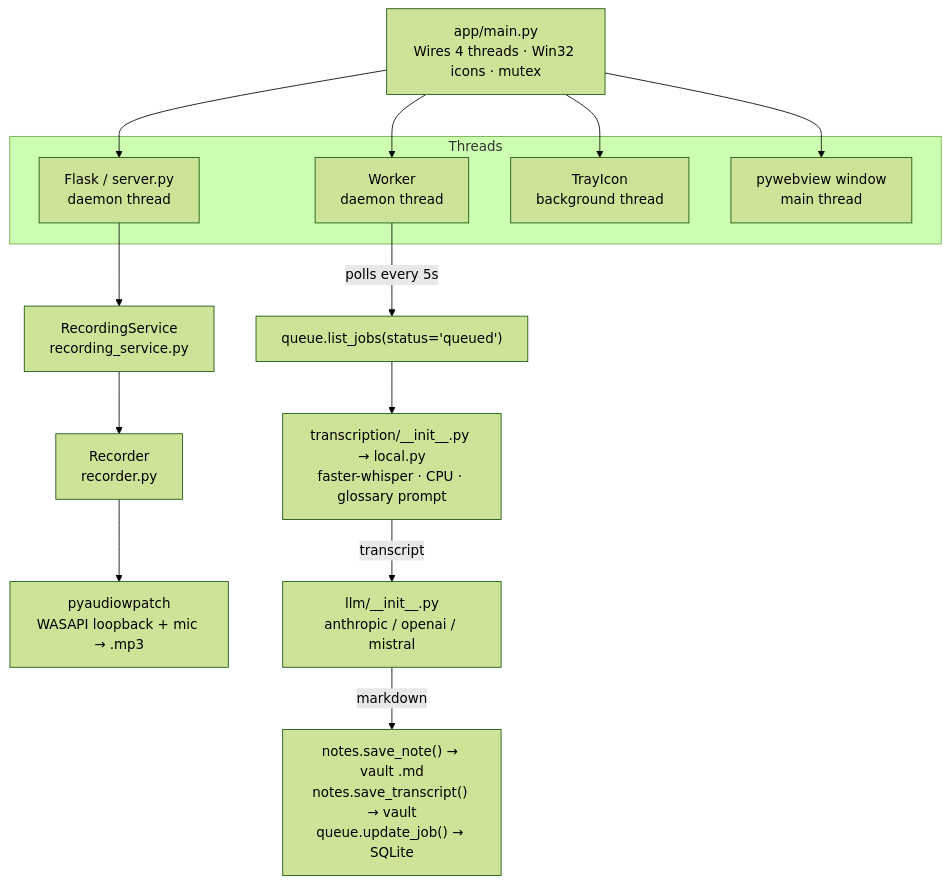
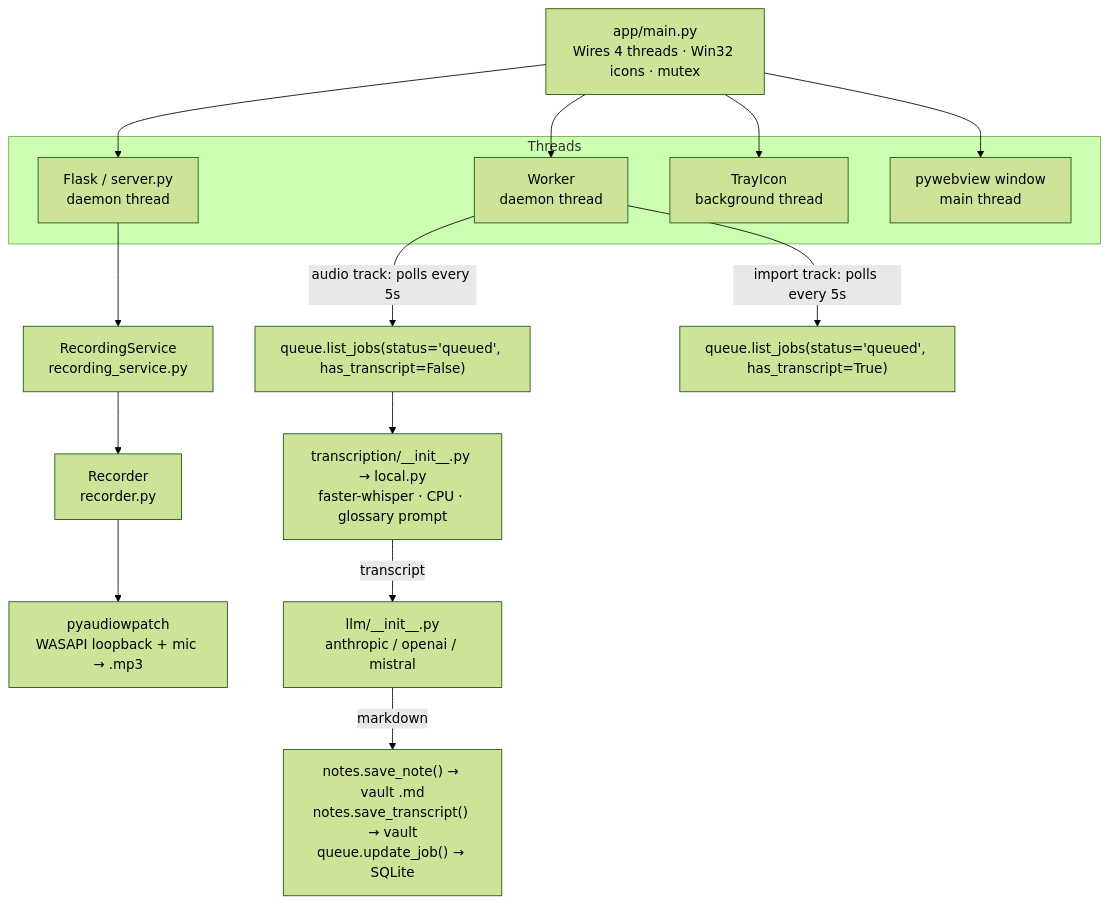
Before and after one commit to kjarkovska/fusemark: the first of 4 diagrams in docs/ARCHITECTURE.md, drawn with Mermaid (forest theme). The commit also changed other lines of this file and 18 other files, not shown here.

````diff
--- a/docs/ARCHITECTURE.md
+++ b/docs/ARCHITECTURE.md
@@ -41,22 +41,23 @@
 ```mermaid
 graph TD
     main["app/main.py<br/>Wires 4 threads · Win32 icons · mutex"]
 
     subgraph threads["Threads"]
         worker["Worker<br/>daemon thread"]
         flask["Flask / server.py<br/>daemon thread"]
         tray["TrayIcon<br/>background thread"]
         wv["pywebview window<br/>main thread"]
     end
 
     main --> worker & flask & tray & wv
 
     flask --> svc["RecordingService<br/>recording_service.py"]
     svc --> rec["Recorder<br/>recorder.py"]
     rec --> audio["pyaudiowpatch<br/>WASAPI loopback + mic → .mp3"]
 
-    worker -->|"polls every 5s"| q["queue.list_jobs(status='queued')"]
+    worker -->|"audio track: polls every 5s"| q["queue.list_jobs(status='queued', has_transcript=False)"]
+    worker -->|"import track: polls every 5s"| qi["queue.list_jobs(status='queued', has_transcript=True)"]
     q --> tr["transcription/__init__.py → local.py<br/>faster-whisper · CPU · glossary prompt"]
     tr -->|"transcript"| llm["llm/__init__.py<br/>anthropic / openai / mistral"]
     llm -->|"markdown"| save["notes.save_note() → vault .md<br/>notes.save_transcript() → vault<br/>queue.update_job() → SQLite"]
 ```
````
